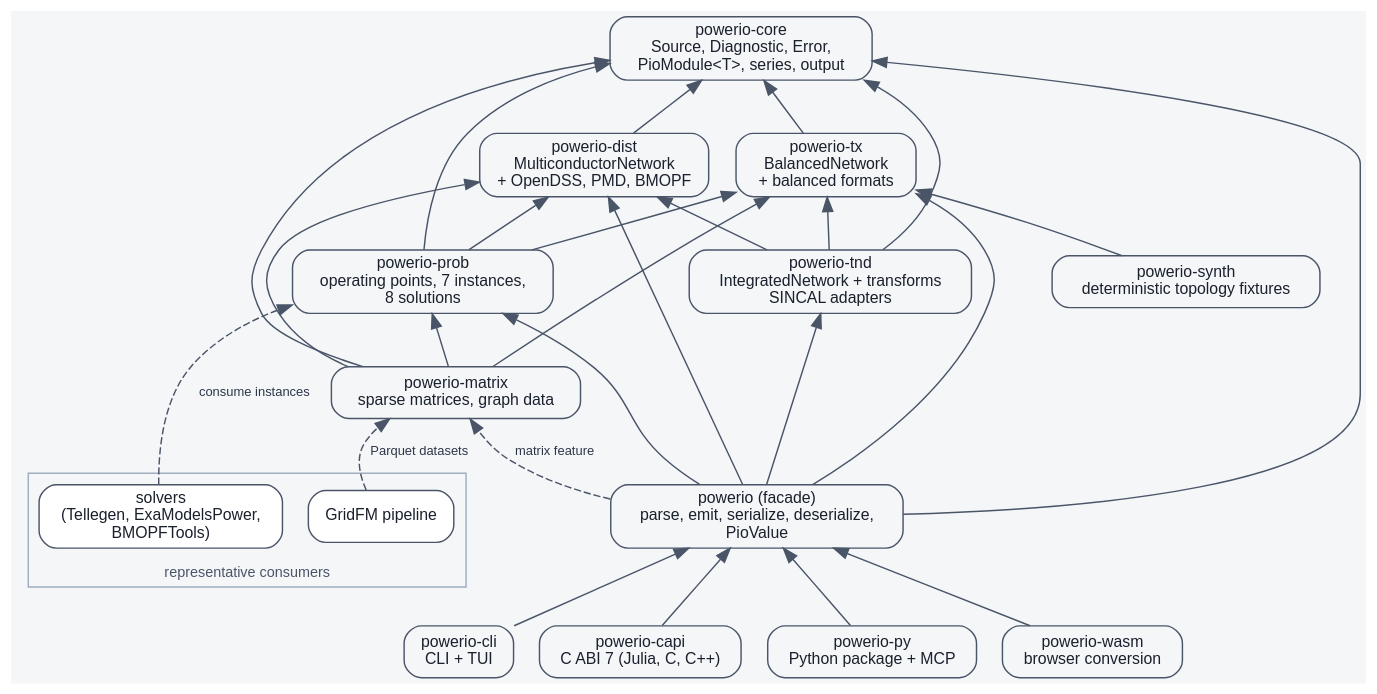
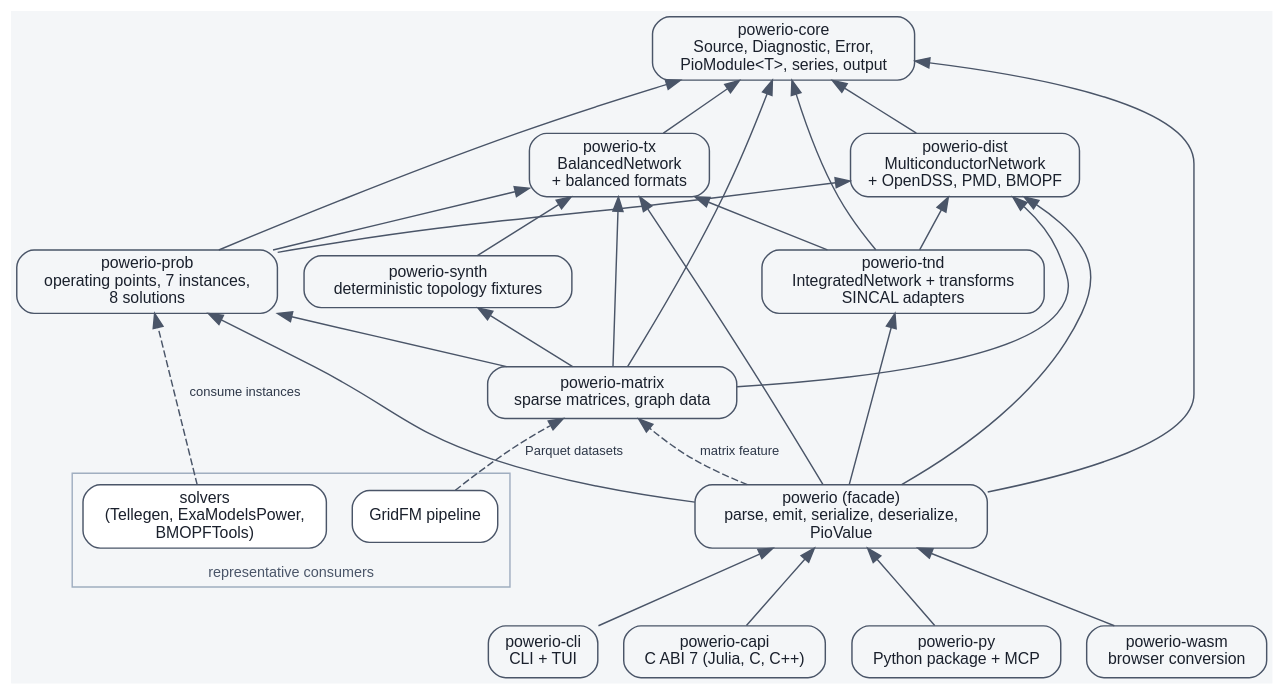
The diagram in docs/diagrams/architecture.dot (BurhanAbdullah/powerio), drawn with Graphviz before and after one commit. The commit also changed 1 other file, not shown here.

Commit message:
docs: show matrix dependency on synth

```diff
--- a/docs/diagrams/architecture.dot
+++ b/docs/diagrams/architecture.dot
@@ -1,65 +1,66 @@
 // The primary architecture map: components, dependency direction, and the
 // two network families. Edges read "depends on" unless labeled. Checked
 // against cargo metadata by scripts/check-architecture-map.py; the committed
 // SVG is generated by the same script. Node ids that name crates must match
 // workspace member names exactly.
 digraph powerio_architecture {
     rankdir = BT;
     bgcolor = "#f4f6f8";
     node [shape = box, style = "rounded,filled", fillcolor = "#f4f6f8",
           color = "#4a5568", fontname = "Helvetica", fontsize = 11,
           fontcolor = "#1a202c"];
     edge [color = "#4a5568", fontname = "Helvetica", fontsize = 9,
           fontcolor = "#2d3748"];
 
     subgraph cluster_consumers {
         label = "representative consumers";
         fontname = "Helvetica"; fontsize = 10; color = "#a0aec0"; fontcolor = "#4a5568";
         solvers [label = "solvers\n(Tellegen, ExaModelsPower,\nBMOPFTools)", fillcolor = "#ffffff"];
         gridfm_ml [label = "GridFM pipeline", fillcolor = "#ffffff"];
     }
 
     "powerio-cli" [label = "powerio-cli\nCLI + TUI"];
     "powerio-capi" [label = "powerio-capi\nC ABI 7 (Julia, C, C++)"];
     "powerio-py" [label = "powerio-py\nPython package + MCP"];
     "powerio-wasm" [label = "powerio-wasm\nbrowser conversion"];
 
     powerio [label = "powerio (facade)\nparse, emit, serialize, deserialize,\nPioValue"];
 
     "powerio-matrix" [label = "powerio-matrix\nsparse matrices, graph data"];
     "powerio-synth" [label = "powerio-synth\ndeterministic topology fixtures"];
     "powerio-prob" [label = "powerio-prob\noperating points, 7 instances,\n8 solutions"];
 
     "powerio-tx" [label = "powerio-tx\nBalancedNetwork\n+ balanced formats"];
     "powerio-dist" [label = "powerio-dist\nMulticonductorNetwork\n+ OpenDSS, PMD, BMOPF"];
 
     "powerio-core" [label = "powerio-core\nSource, Diagnostic, Error,\nPioModule<T>, series, output"];
     "powerio-tnd" [label = "powerio-tnd\nIntegratedNetwork + transforms\nSINCAL adapters"];
 
     "powerio-synth" -> "powerio-tx";
     "powerio-tx" -> "powerio-core";
     "powerio-tnd" -> "powerio-tx";
     "powerio-tnd" -> "powerio-dist";
     "powerio-dist" -> "powerio-core";
     "powerio-tnd" -> "powerio-core";
     "powerio-prob" -> "powerio-core";
     "powerio-prob" -> "powerio-tx";
     "powerio-prob" -> "powerio-dist";
     "powerio-matrix" -> "powerio-core";
     "powerio-matrix" -> "powerio-tx";
     "powerio-matrix" -> "powerio-dist";
     "powerio-matrix" -> "powerio-prob";
+    "powerio-matrix" -> "powerio-synth";
     powerio -> "powerio-core";
     powerio -> "powerio-tnd";
     powerio -> "powerio-tx";
     powerio -> "powerio-dist";
     powerio -> "powerio-prob";
     powerio -> "powerio-matrix" [label = "matrix feature", style = dashed];
     "powerio-cli" -> powerio;
     "powerio-capi" -> powerio;
     "powerio-py" -> powerio;
     "powerio-wasm" -> powerio;
 
     solvers -> "powerio-prob" [label = "consume instances", style = dashed];
     gridfm_ml -> "powerio-matrix" [label = "Parquet datasets", style = dashed];
 }
```
